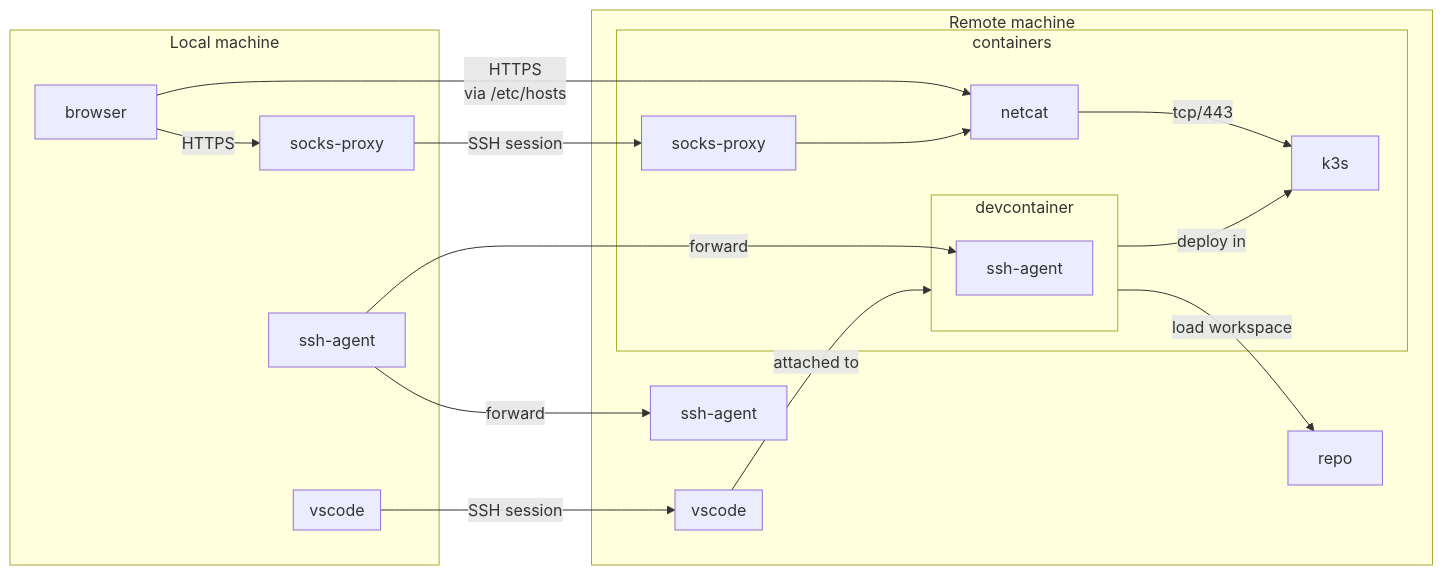
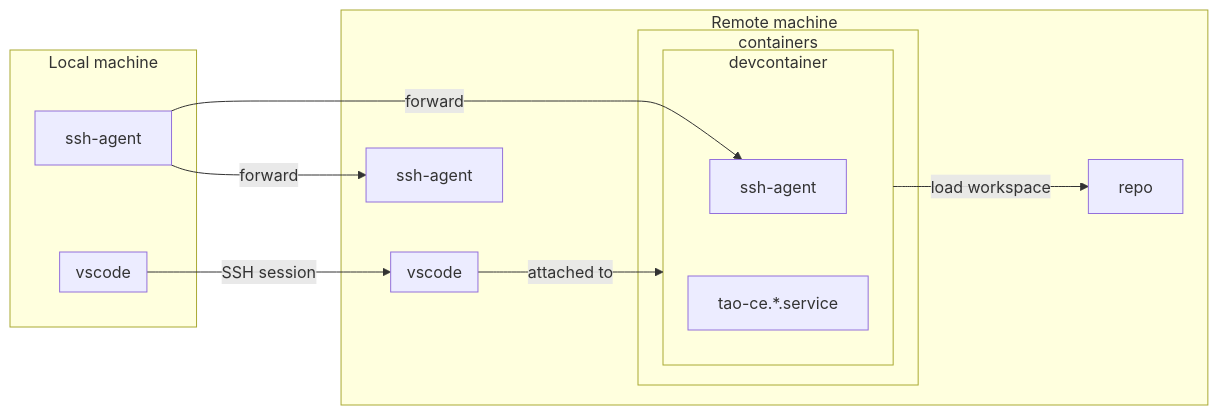
Before and after one commit to tao-ce/tao-ce: the diagram in docs/dev/remote.md, drawn with Mermaid. The commit also changed other lines of this file and 95 other files, not shown here.

````diff
--- a/docs/dev/remote.md
+++ b/docs/dev/remote.md
@@ -6,33 +6,26 @@
 ```mermaid
 flowchart LR
 subgraph local-machine["Local machine"]
 subgraph local-code["vscode"]
 end
-browser
 local-ssh["ssh-agent"]
-local-socks["socks-proxy"]
 end
 subgraph remote-machine["Remote machine"]
 subgraph remote-code["vscode"]
 end
 repo
 remote-ssh["ssh-agent"]
 subgraph containers
-socks-proxy
 subgraph devcontainer
 dev-ssh["ssh-agent"]
+tao-ce[tao-ce.*.service]
 end
-netcat -- tcp/443 --> k3s
 
 end
 end
 local-code -- SSH session --> remote-code
 remote-code -- attached to --> devcontainer
 devcontainer -- load workspace --> repo
-devcontainer -- deploy in --> k3s
-browser -- HTTPS
-via /etc/hosts --> netcat
-browser -- HTTPS --> local-socks -- SSH session --> socks-proxy --> netcat
 local-ssh -- forward --> remote-ssh
 local-ssh -- forward --> dev-ssh
 ```
````
